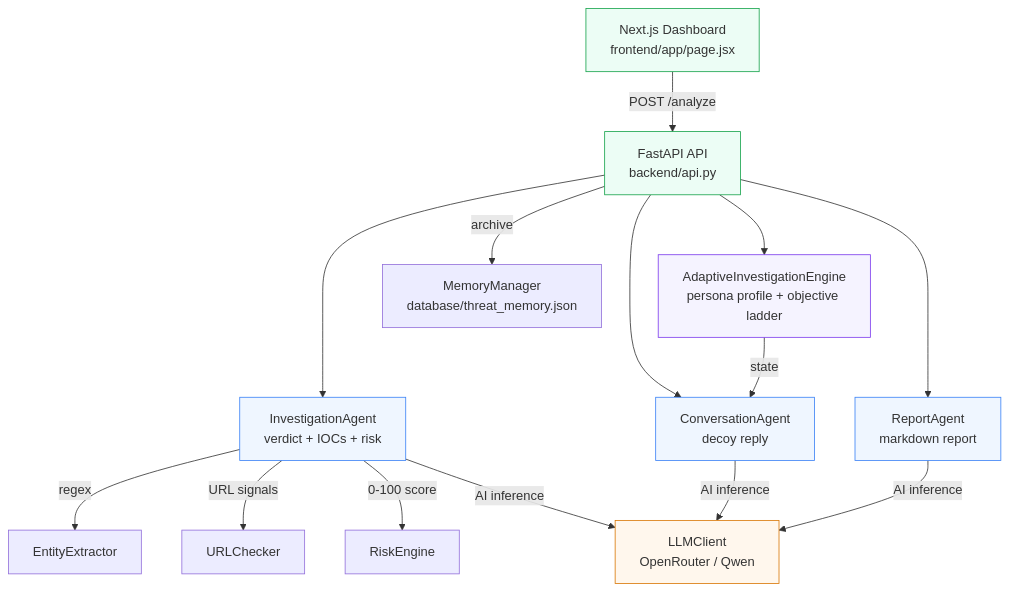
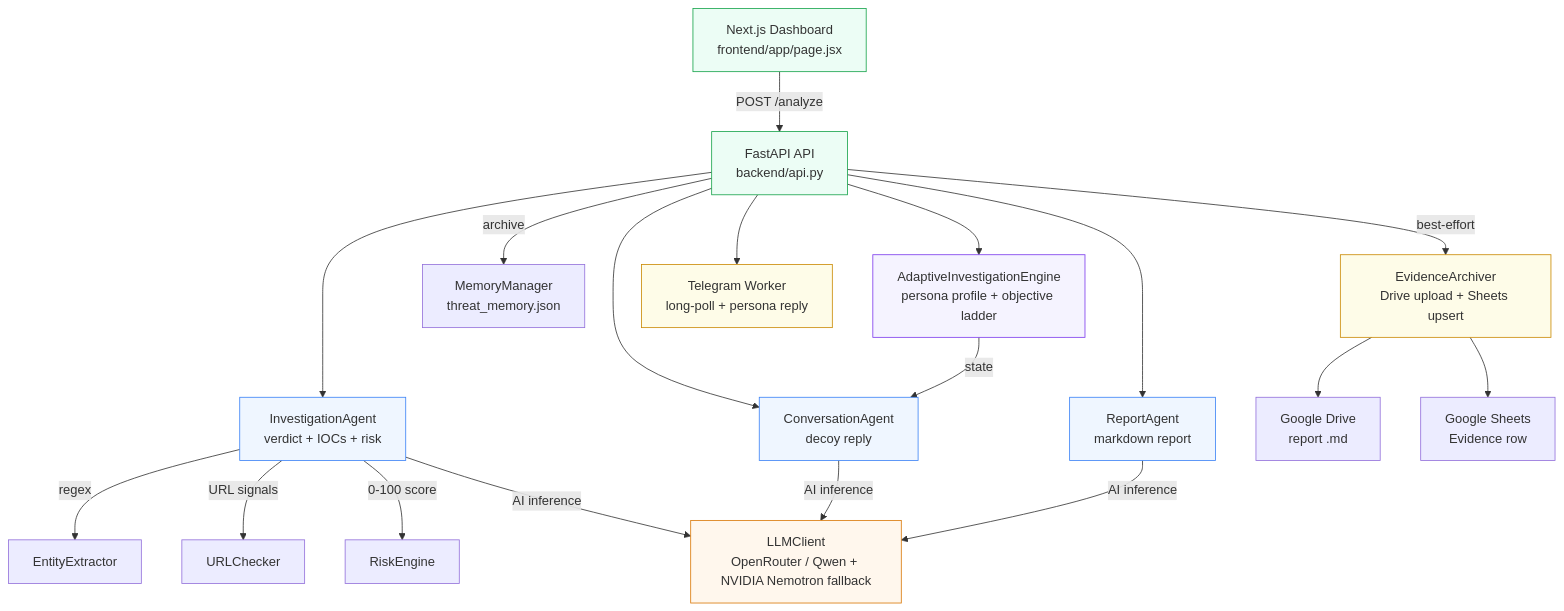
Before and after one commit to ridhimagarg23/trace-ai-project-hackathon: the first of 2 diagrams in README.md, drawn with Mermaid. The commit also changed other lines of this file, not shown here.

First line of the commit message:
docs: fix README - add demo video link and detailed Drive/Telegram/Sheets deep dive

````diff
--- a/README.md
+++ b/README.md
@@ -111,21 +119,27 @@
 ```mermaid
 graph TD
     A[Next.js Dashboard<br/>frontend/app/page.jsx] -->|POST /analyze| B[FastAPI API<br/>backend/api.py]
     B --> C[InvestigationAgent<br/>verdict + IOCs + risk]
     B --> D[AdaptiveInvestigationEngine<br/>persona profile + objective ladder]
     B --> E[ConversationAgent<br/>decoy reply]
     B --> F[ReportAgent<br/>markdown report]
     C -->|regex| G[EntityExtractor]
     C -->|URL signals| H[URLChecker]
     C -->|0-100 score| I[RiskEngine]
     D -->|state| E
-    B -->|archive| J[MemoryManager<br/>database/threat_memory.json]
-    C & E & F -->|AI inference| K[LLMClient<br/>OpenRouter / Qwen]
+    B -->|archive| J[MemoryManager<br/>threat_memory.json]
+    B -->|best-effort| K[EvidenceArchiver<br/>Drive upload + Sheets upsert]
+    K --> L[Google Drive<br/>report .md]
+    K --> M[Google Sheets<br/>Evidence row]
+    B --> N[Telegram Worker<br/>long-poll + persona reply]
+    C & E & F -->|AI inference| O[LLMClient<br/>OpenRouter / Qwen + NVIDIA Nemotron fallback]
     style A fill:#ecfdf5,stroke:#16a34a
     style B fill:#ecfdf5,stroke:#16a34a
     style C fill:#eff6ff,stroke:#3b82f6
     style D fill:#f5f3ff,stroke:#7c3aed
     style E fill:#eff6ff,stroke:#3b82f6
     style F fill:#eff6ff,stroke:#3b82f6
-    style K fill:#fff7ed,stroke:#d97706
+    style K fill:#fefce8,stroke:#ca8a04
+    style N fill:#fefce8,stroke:#ca8a04
+    style O fill:#fff7ed,stroke:#d97706
 ```
````
